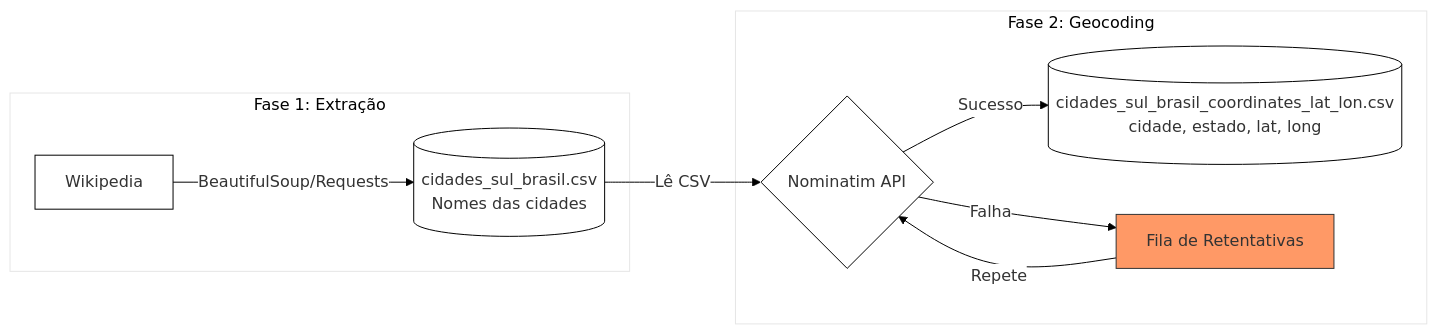
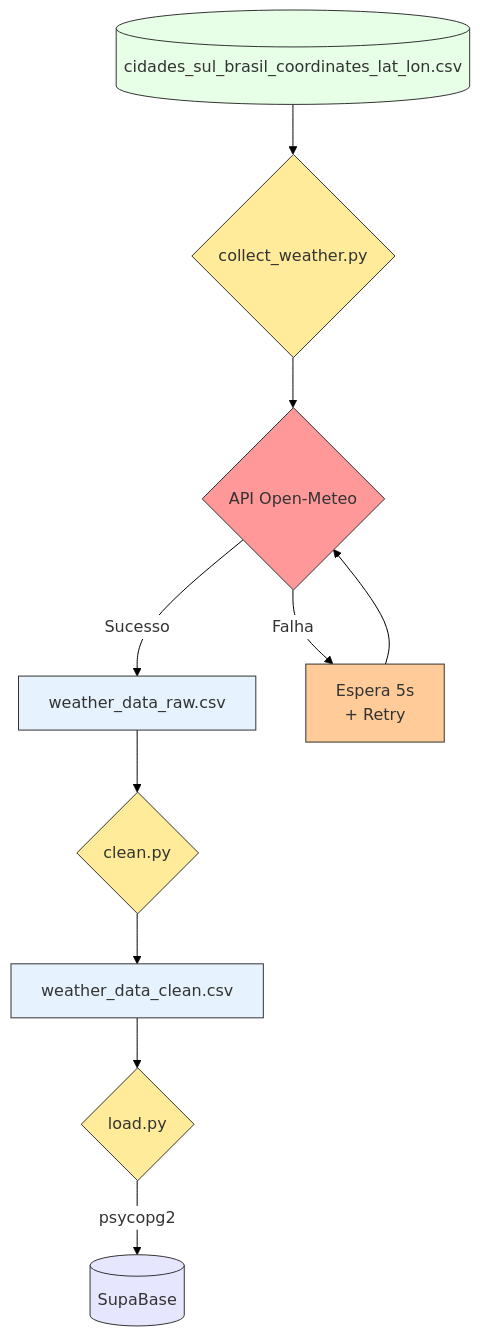
The first of 2 diagrams in README.md (luizcaixeta/case_tecnico_10_pasteis), drawn with Mermaid before and after one commit.

````diff
--- a/README.md
+++ b/README.md
@@ -23,16 +23,25 @@
 ```mermaid
 %%{init: {'theme': 'base', 'themeVariables': { 'primaryColor': '#ffffff', 'background': '#ffffff', 'primaryBorderColor': '#000000', 'lineColor': '#000000'}}}%%
-flowchart LR
-    subgraph "Fase 1: Extração"
-        A[Wikipedia] -->|BeautifulSoup/Requests| B[("cidades_sul_brasil.csv"\nNomes das cidades)]
-    end
-
-    subgraph "Fase 2: Geocoding"
-        B -->|Lê CSV| C{Nominatim API}
-        C -->|Sucesso| D[("cidades_sul_brasil_coordinates_lat_lon.csv"\ncidade, estado, lat, long)]
-        C -->|Falha| E[Fila de Retentativas]
-        E -->|Repete| C
-    end
-
-    style E fill:#f96,stroke:#333
+flowchart TB
+    A[("cidades_sul_brasil_coordinates_lat_lon.csv")] --> B{collect_weather.py}
+    
+    B --> C{API Open-Meteo}
+    C -->|Sucesso| D[weather_data_raw.csv]
+    C -->|Falha| E[Espera 5s\n+ Retry]
+    E --> C
+    
+    D --> F{clean.py}
+    F --> G[weather_data_clean.csv]
+    G --> H{load.py}
+    H -->|psycopg2| I[(SupaBase)]
+    
+    style A fill:#e6ffe6,stroke:#333
+    style B fill:#ffeb99,stroke:#333
+    style C fill:#ff9999,stroke:#333
+    style D fill:#e6f3ff,stroke:#333
+    style E fill:#ffcc99,stroke:#333
+    style F fill:#ffeb99,stroke:#333
+    style G fill:#e6f3ff,stroke:#333
+    style H fill:#ffeb99,stroke:#333
+    style I fill:#e6e6ff,stroke:#333
 ```
````
